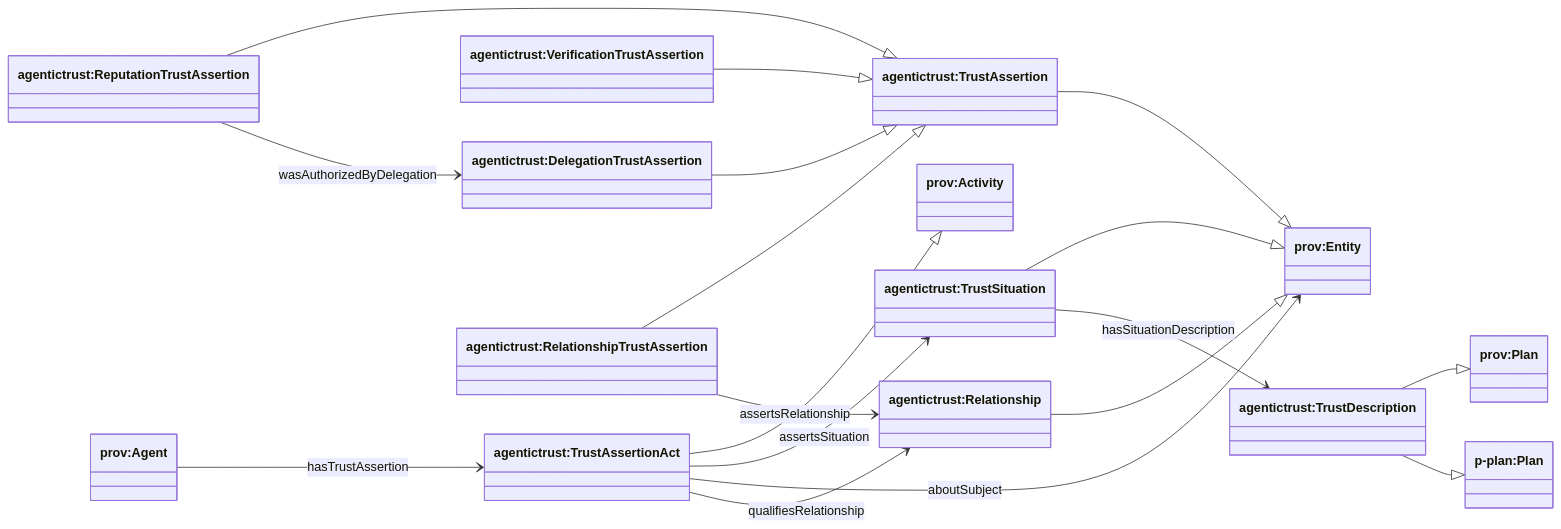
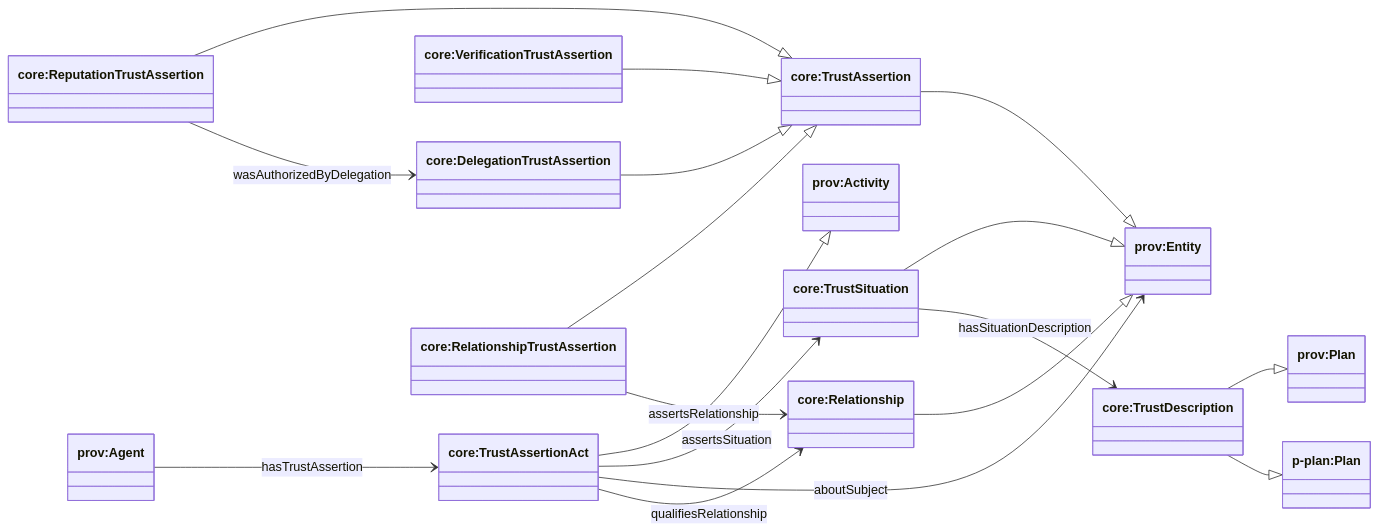
Before and after one commit to Agentic-Trust-Layer/agent-explorer: the first of 2 diagrams in docs/ontology/agentictrust-overview.md, drawn with Mermaid. The commit also changed other lines of this file and 49 other files, not shown here.

````diff
--- a/docs/ontology/agentictrust-overview.md
+++ b/docs/ontology/agentictrust-overview.md
@@ -53,39 +53,39 @@
 ```mermaid
 classDiagram
 direction LR
 
 class provPlan["prov:Plan"]
 class pplanPlan["p-plan:Plan"]
 class provActivity["prov:Activity"]
 class provEntity["prov:Entity"]
 class provAgent["prov:Agent"]
 
-class TrustDescription["agentictrust:TrustDescription"]
-class TrustSituation["agentictrust:TrustSituation"]
-class TrustAssertion["agentictrust:TrustAssertion"]
-class TrustAssertionAct["agentictrust:TrustAssertionAct"]
-class VerificationAssertion["agentictrust:VerificationTrustAssertion"]
-class ReputationAssertion["agentictrust:ReputationTrustAssertion"]
-class DelegationAssertion["agentictrust:DelegationTrustAssertion"]
-class Relationship["agentictrust:Relationship"]
-class RelationshipAssertion["agentictrust:RelationshipTrustAssertion"]
+class TrustDescription["core:TrustDescription"]
+class TrustSituation["core:TrustSituation"]
+class TrustAssertion["core:TrustAssertion"]
+class TrustAssertionAct["core:TrustAssertionAct"]
+class VerificationAssertion["core:VerificationTrustAssertion"]
+class ReputationAssertion["core:ReputationTrustAssertion"]
+class DelegationAssertion["core:DelegationTrustAssertion"]
+class Relationship["core:Relationship"]
+class RelationshipAssertion["core:RelationshipTrustAssertion"]
 
 TrustDescription --|> provPlan
 TrustDescription --|> pplanPlan
 TrustSituation --|> provEntity
 TrustAssertion --|> provEntity
 TrustAssertionAct --|> provActivity
 VerificationAssertion --|> TrustAssertion
 ReputationAssertion --|> TrustAssertion
 DelegationAssertion --|> TrustAssertion
 Relationship --|> provEntity
 RelationshipAssertion --|> TrustAssertion
 
 TrustSituation --> TrustDescription : hasSituationDescription
 TrustAssertionAct --> TrustSituation : assertsSituation
 TrustAssertionAct --> provEntity : aboutSubject
 RelationshipAssertion --> Relationship : assertsRelationship
 TrustAssertionAct --> Relationship : qualifiesRelationship
 provAgent --> TrustAssertionAct : hasTrustAssertion
 ReputationAssertion --> DelegationAssertion : wasAuthorizedByDelegation
 ```
````
